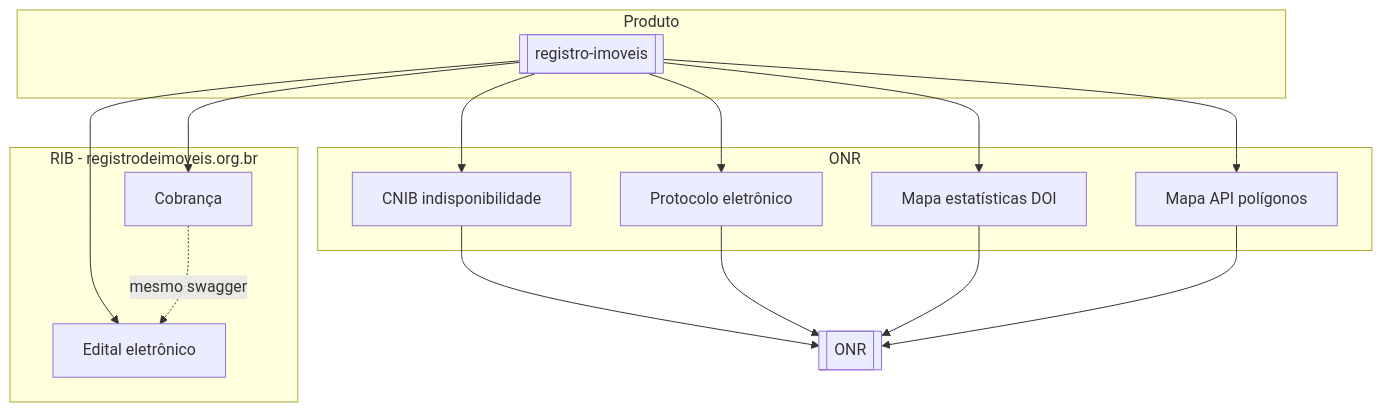
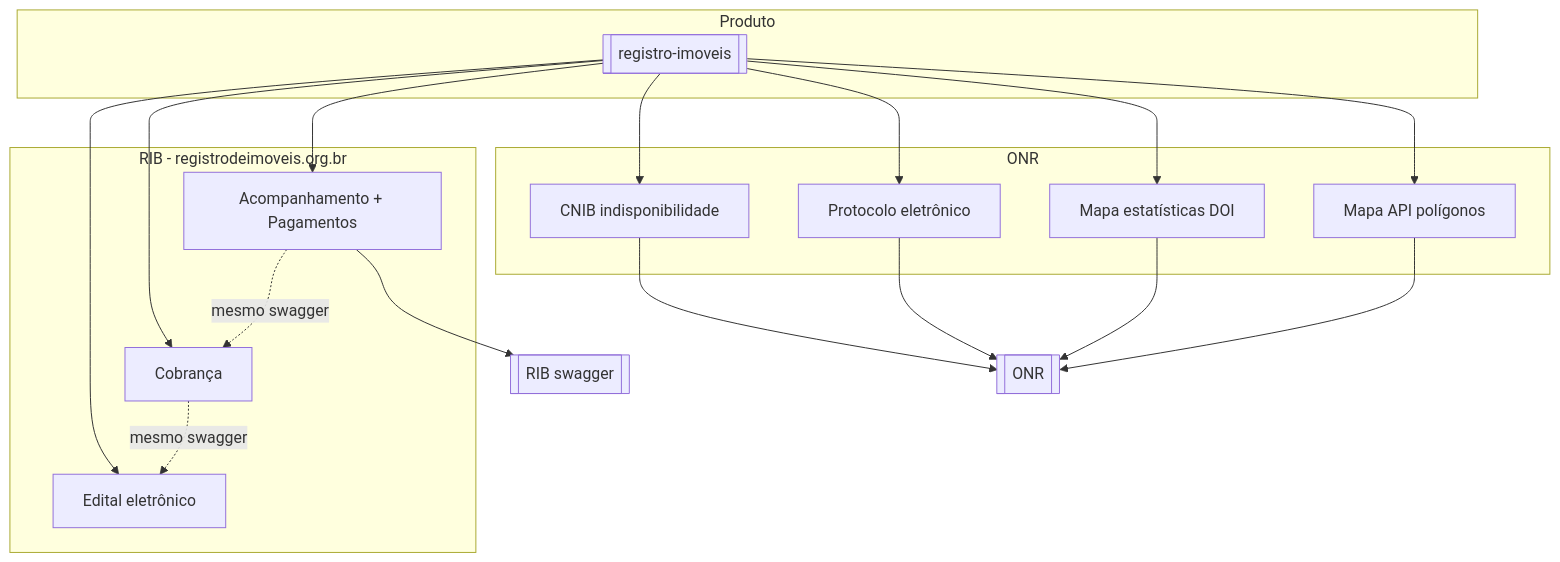
One commit to Ioshuasl/obsidian-vault changed the diagram in Orius/integracoes/registro-imoveis/00-indice.md. Above: the diagram before and after it, drawn with Mermaid. The commit also changed other lines of this file and 6 other files, not shown here.

````diff
--- a/Orius/integracoes/registro-imoveis/00-indice.md
+++ b/Orius/integracoes/registro-imoveis/00-indice.md
@@ -16,27 +16,31 @@
 ```mermaid
 flowchart TB
   subgraph produto [Produto]
     RI[[registro-imoveis]]
   end
   subgraph onr [ONR]
     CNIB[CNIB indisponibilidade]
     PROT[Protocolo eletrônico]
     MAPA[Mapa estatísticas DOI]
     POL[Mapa API polígonos]
   end
   subgraph rib [RIB - registrodeimoveis.org.br]
+    ACOMP[Acompanhamento + Pagamentos]
     COB[Cobrança]
     ED[Edital eletrônico]
   end
   RI --> CNIB
   RI --> PROT
   RI --> MAPA
   RI --> POL
+  RI --> ACOMP
   RI --> COB
   RI --> ED
+  ACOMP --> RIBhub[[RIB swagger]]
   CNIB --> ONRhub[[ONR]]
   PROT --> ONRhub
   MAPA --> ONRhub
   POL --> ONRhub
+  ACOMP -. mesmo swagger .-> COB
   COB -. mesmo swagger .-> ED
 ```
````
